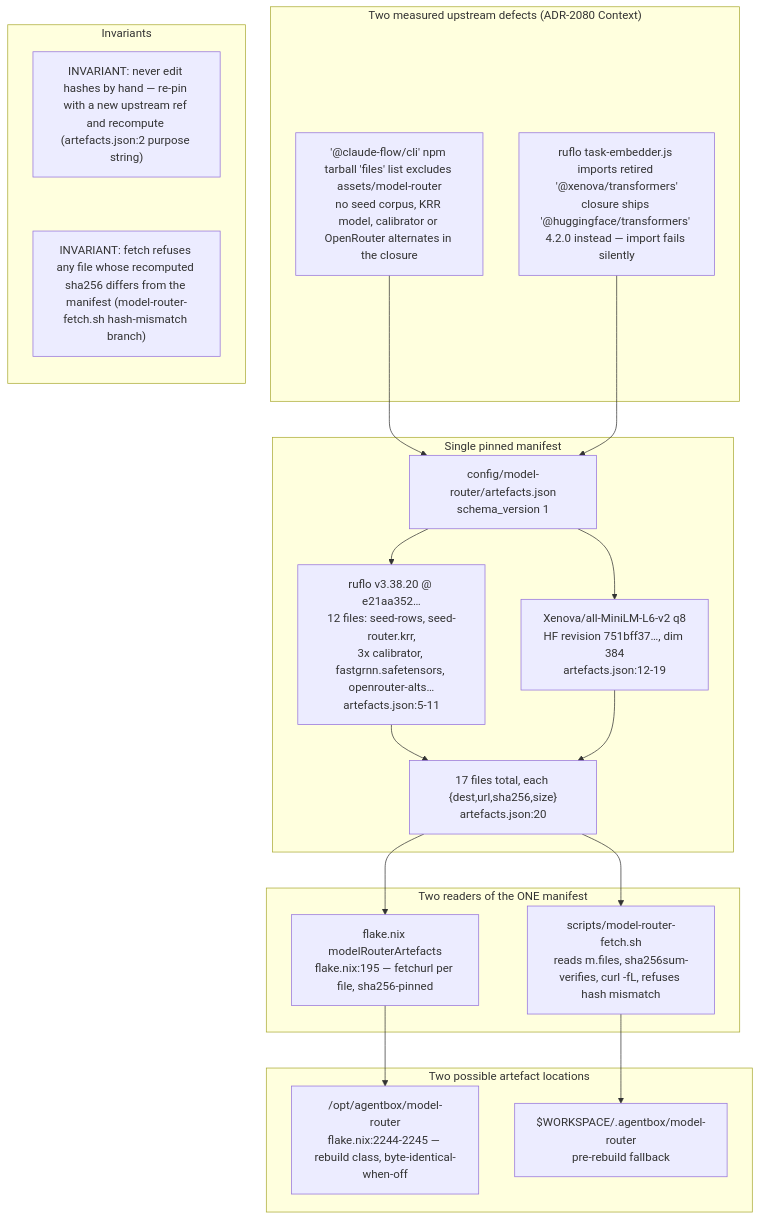
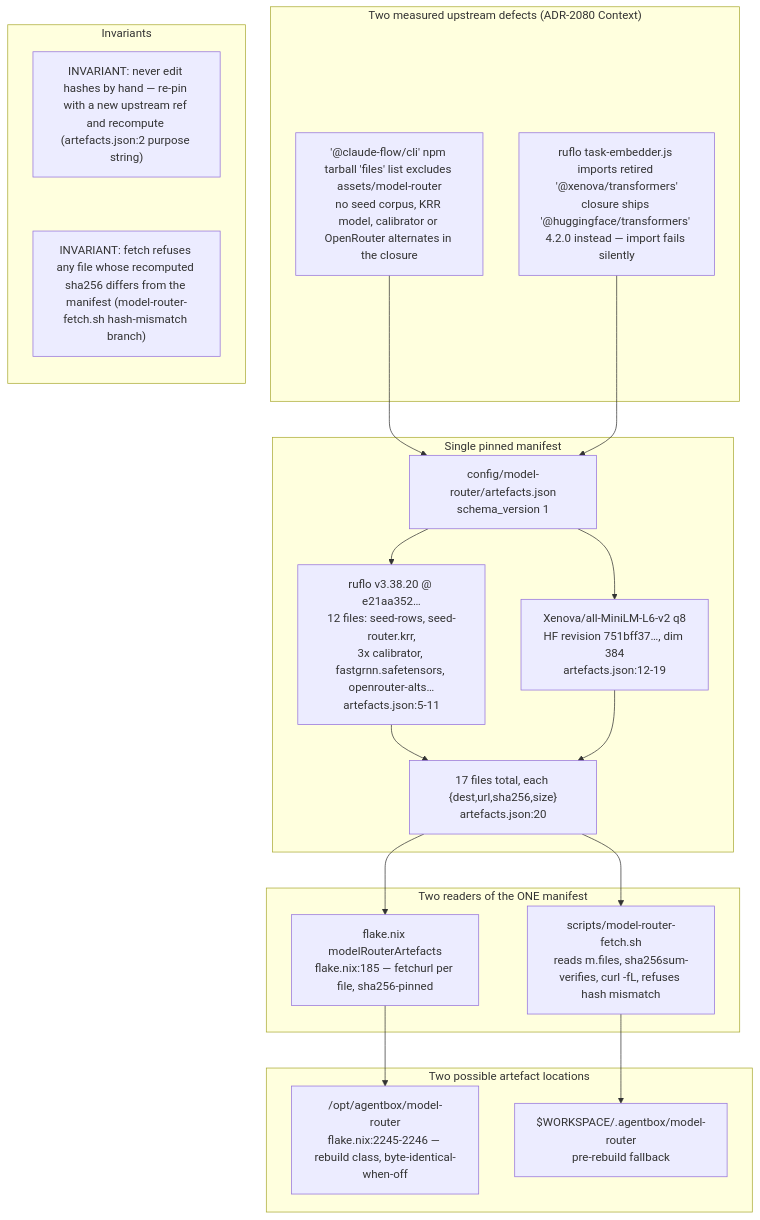
Before and after one commit to DreamLab-AI/VisionFlow: the first of 9 diagrams in docs/diagrams/agentbox/29-metaharness-router-console.md, drawn with Mermaid. The commit also changed other lines of this file and 145 other files, not shown here.

````diff
--- a/docs/diagrams/agentbox/29-metaharness-router-console.md
+++ b/docs/diagrams/agentbox/29-metaharness-router-console.md
@@ -30,33 +33,33 @@
 ```mermaid
 flowchart TB
     subgraph gap["Two measured upstream defects (ADR-2080 Context)"]
         T1["'@claude-flow/cli' npm tarball 'files' list excludes assets/model-router<br/>no seed corpus, KRR model, calibrator or OpenRouter alternates in the closure"]
         T2["ruflo task-embedder.js imports retired '@xenova/transformers'<br/>closure ships '@huggingface/transformers' 4.2.0 instead — import fails silently"]
     end
     subgraph manifest["Single pinned manifest"]
         ART["config/model-router/artefacts.json<br/>schema_version 1"]
         RUFLO["ruflo v3.38.20 @ e21aa352…<br/>12 files: seed-rows, seed-router.krr,<br/>3x calibrator, fastgrnn.safetensors, openrouter-alts…<br/>artefacts.json:5-11"]
         EMB["Xenova/all-MiniLM-L6-v2 q8<br/>HF revision 751bff37…, dim 384<br/>artefacts.json:12-19"]
         FILES["17 files total, each {dest,url,sha256,size}<br/>artefacts.json:20"]
     end
     subgraph readers["Two readers of the ONE manifest"]
-        NIX["flake.nix modelRouterArtefacts<br/>flake.nix:195 — fetchurl per file, sha256-pinned"]
+        NIX["flake.nix modelRouterArtefacts<br/>flake.nix:185 — fetchurl per file, sha256-pinned"]
         FETCH["scripts/model-router-fetch.sh<br/>reads m.files, sha256sum-verifies, curl -fL, refuses hash mismatch"]
     end
     subgraph outputs["Two possible artefact locations"]
-        BAKED["/opt/agentbox/model-router<br/>flake.nix:2244-2245 — rebuild class, byte-identical-when-off"]
+        BAKED["/opt/agentbox/model-router<br/>flake.nix:2245-2246 — rebuild class, byte-identical-when-off"]
         FALLBACK["$WORKSPACE/.agentbox/model-router<br/>pre-rebuild fallback"]
     end
     T1 --> ART
     T2 --> ART
     ART --> RUFLO --> FILES
     ART --> EMB --> FILES
     FILES --> NIX --> BAKED
     FILES --> FETCH --> FALLBACK
     subgraph notes["Invariants"]
         direction TB
         N1["INVARIANT: never edit hashes by hand — re-pin with a new upstream ref and recompute (artefacts.json:2 purpose string)"]
         N2["INVARIANT: fetch refuses any file whose recomputed sha256 differs from the manifest (model-router-fetch.sh hash-mismatch branch)"]
         N1 ~~~ N2
     end
 ```
````
